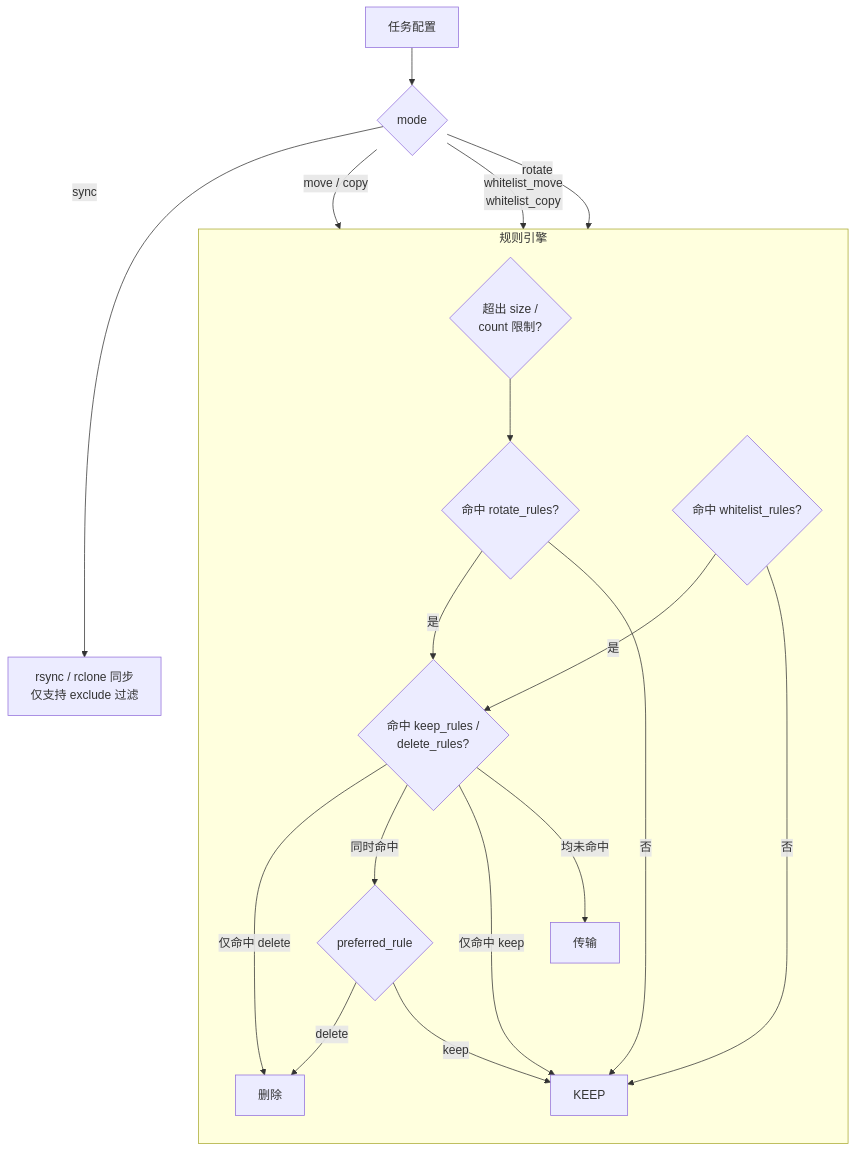
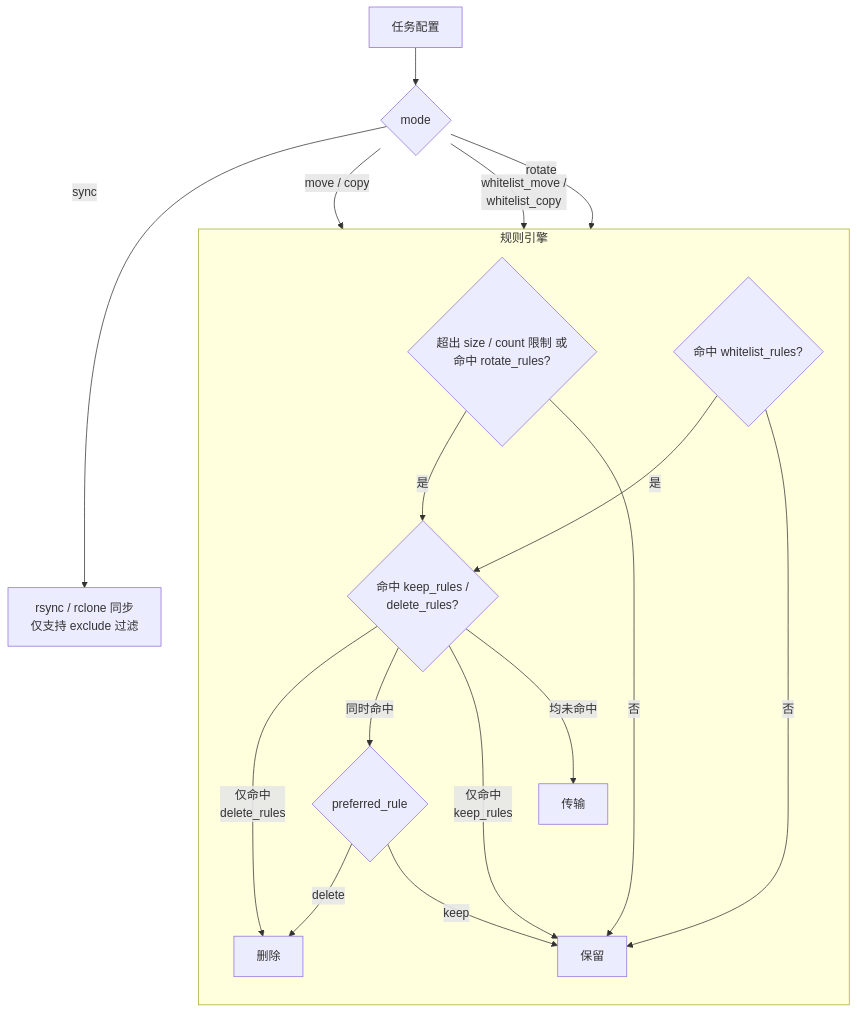
Before and after one commit to HexStan/SmartArchiver: the diagram in README.md, drawn with Mermaid.

Commit message:
docs(README): 优化任务模式流程图
- 将原流程图中的 `EVAL` 节点重命名为 `BASE`，统一规则评估入口。
- 合并 `EXCEED` 与 `ROTATE_MATCH` 节点为 `ROTATE`，简化旋转模式的条件判断。
- 更新部分节点文字描述，使流程图更清晰易懂。

````diff
--- a/README.md
+++ b/README.md
@@ -267,28 +267,27 @@
 ```mermaid
 flowchart TD
     TASK["任务配置"] --> MODE{"mode"}
 
-    MODE -->|"move / copy"| EVAL
-    MODE -->|"whitelist_move<br>whitelist_copy"| WHITELIST
-    MODE -->|"rotate"| EXCEED
+    MODE -->|"move / copy"| BASE
+    MODE -->|"whitelist_move /<br>whitelist_copy"| WHITELIST
+    MODE -->|"rotate"| ROTATE
     MODE -->|"sync"| SYNC["rsync / rclone 同步<br>仅支持 exclude 过滤"]
 
     subgraph ENGINE["规则引擎"]
         direction TB
 
-        EXCEED{"超出 size /<br>count 限制?"} -->ROTATE_MATCH{"命中 rotate_rules?"}
-        ROTATE_MATCH -->|"是"| EVAL
-        ROTATE_MATCH -->|"否"| KEEP
+        ROTATE{"超出 size / count 限制 或<br>命中 rotate_rules?"} -->|"是"| BASE
+        ROTATE -->|"否"| KEEP
 
-        WHITELIST{"命中 whitelist_rules?"} -->|"是"| EVAL
+        WHITELIST{"命中 whitelist_rules?"} -->|"是"| BASE
         WHITELIST -->|"否"| KEEP
 
-        EVAL{"命中 keep_rules /<br>delete_rules?"} -->|"仅命中 delete"| DELETE["删除"]
-        EVAL -->|"同时命中"| PREFERRED{"preferred_rule"}
-        EVAL -->|"仅命中 keep"| KEEP
-        EVAL -->|"均未命中"| TRANSFER["传输"]
+        BASE{"命中 keep_rules /<br>delete_rules?"} -->|"仅命中<br>delete_rules"| DELETE["删除"]
+        BASE -->|"同时命中"| PREFERRED{"preferred_rule"}
+        BASE -->|"仅命中<br>keep_rules"| KEEP["保留"]
+        BASE -->|"均未命中"| TRANSFER["传输"]
 
         PREFERRED -->|"delete"| DELETE
         PREFERRED -->|"keep"| KEEP
     end
 ```
````
